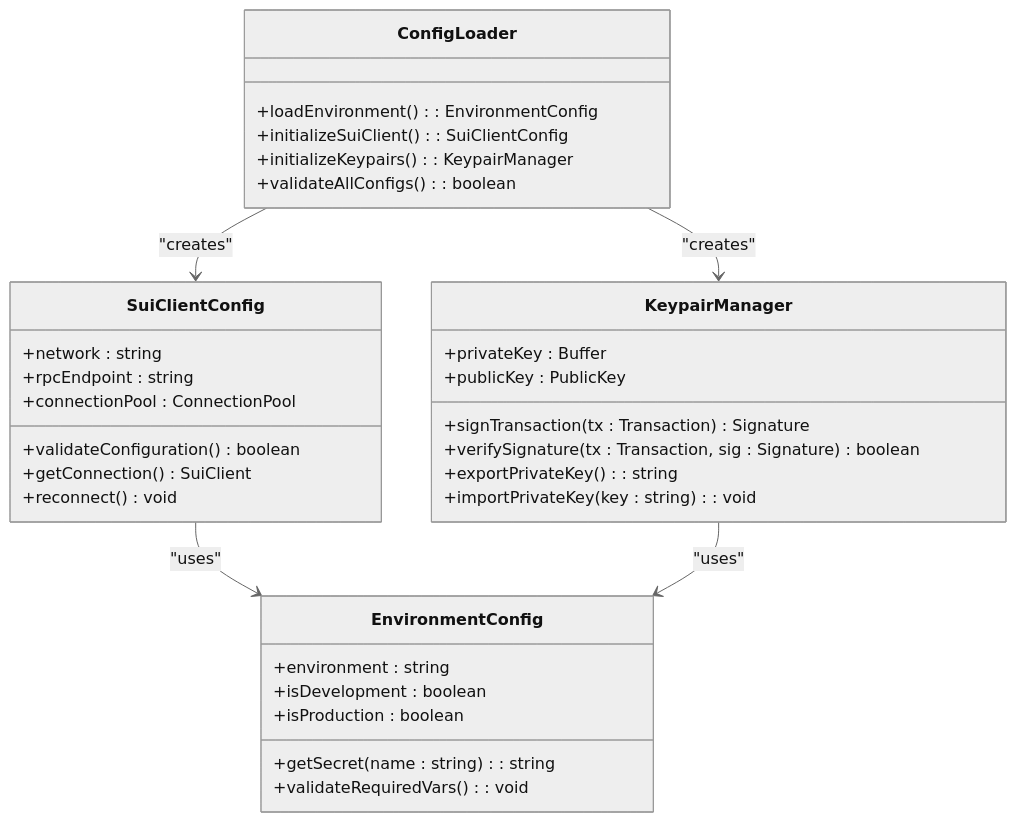
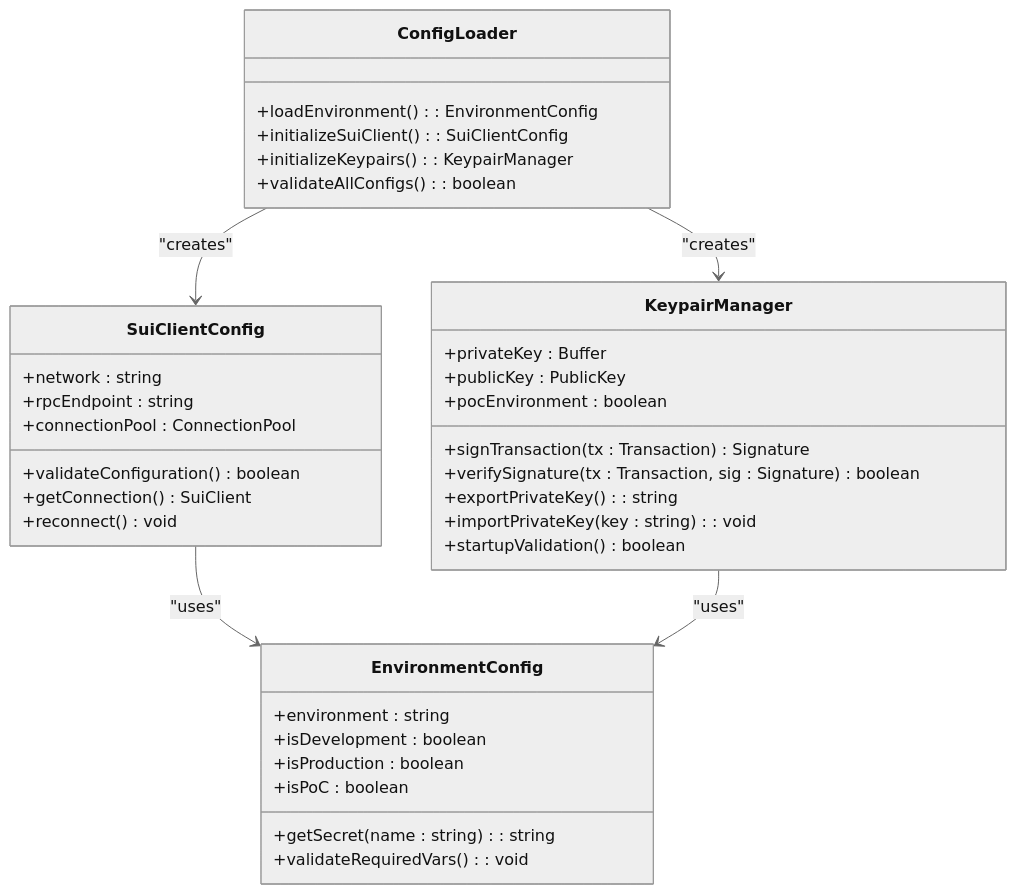
The second of 5 diagrams in .qoder/repowiki/en/content/Backend Services/Configuration Management.md (hieudepoet/Insurix), drawn with Mermaid (neutral theme) before and after one commit. The commit also changed other lines of this file and 73 other files, not shown here.

````diff
--- a/.qoder/repowiki/en/content/Backend Services/Configuration Management.md
+++ b/.qoder/repowiki/en/content/Backend Services/Configuration Management.md
@@ -83,36 +91,39 @@
 ```mermaid
 classDiagram
 class SuiClientConfig {
 +network : string
 +rpcEndpoint : string
 +connectionPool : ConnectionPool
 +validateConfiguration() boolean
 +getConnection() SuiClient
 +reconnect() void
 }
 class KeypairManager {
 +privateKey : Buffer
 +publicKey : PublicKey
 +signTransaction(tx : Transaction) Signature
 +verifySignature(tx : Transaction, sig : Signature) boolean
 +exportPrivateKey() : string
 +importPrivateKey(key : string) : void
++pocEnvironment : boolean
++startupValidation() boolean
 }
 class EnvironmentConfig {
 +environment : string
 +isDevelopment : boolean
 +isProduction : boolean
++isPoC : boolean
 +getSecret(name : string) : string
 +validateRequiredVars() : void
 }
 class ConfigLoader {
 +loadEnvironment() : EnvironmentConfig
 +initializeSuiClient() : SuiClientConfig
 +initializeKeypairs() : KeypairManager
 +validateAllConfigs() : boolean
 }
 SuiClientConfig --> EnvironmentConfig : "uses"
 KeypairManager --> EnvironmentConfig : "uses"
 ConfigLoader --> SuiClientConfig : "creates"
 ConfigLoader --> KeypairManager : "creates"
 ```
````
